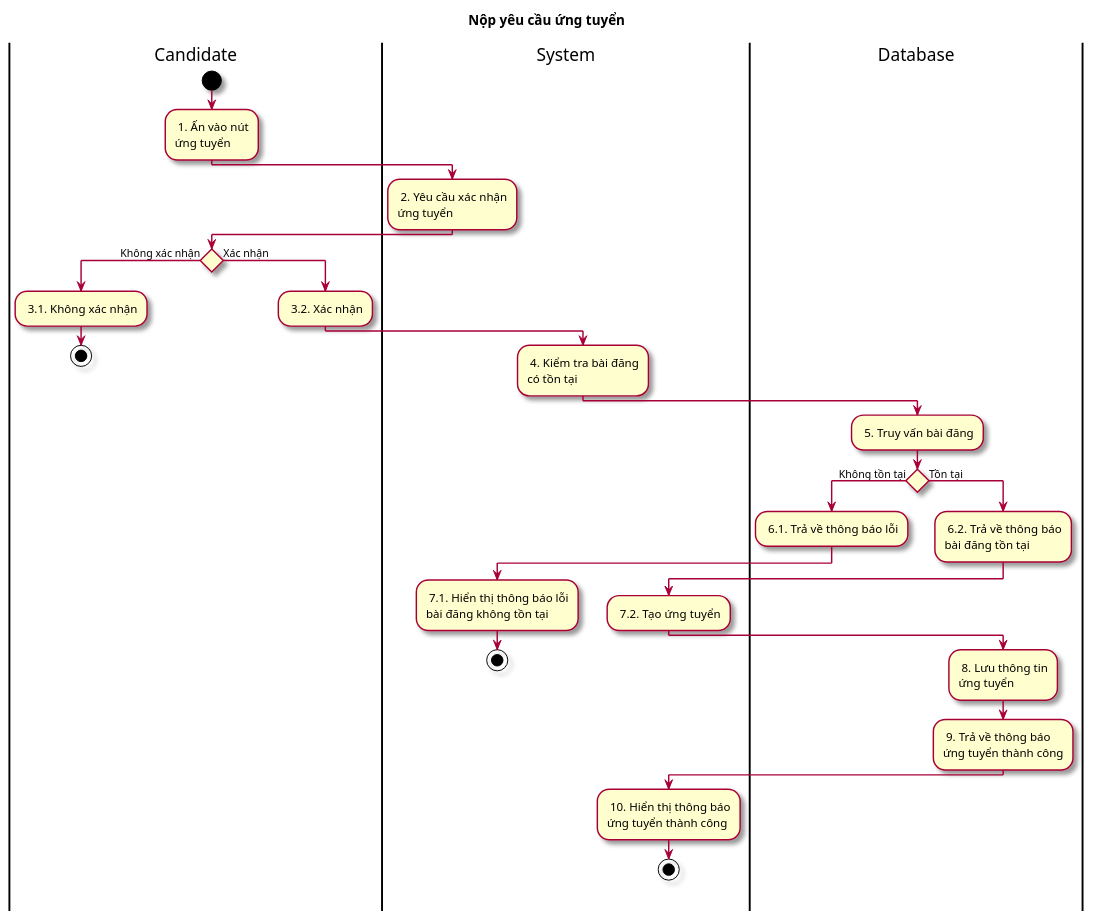
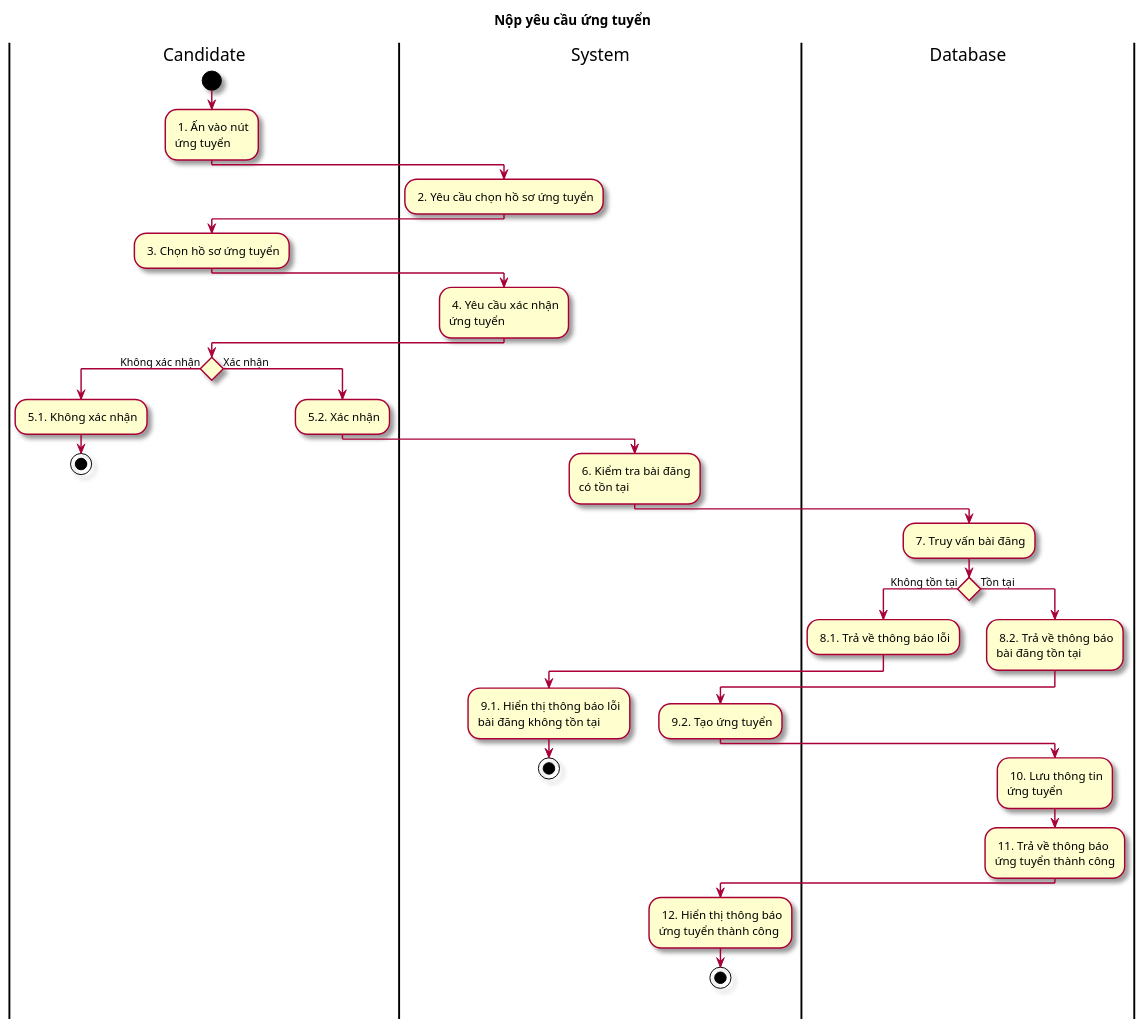
The diagram in Lab1/Lab 1.2 Diagram/Activity/FileUML/9.1. ActNopYeuCauUngTuyen.puml (Griselda4774/EAS-EmploymentAssistanceSystem), drawn with PlantUML before and after one commit. The commit also changed 2 other files, not shown here.

```diff
--- a/Lab1/Lab 1.2 Diagram/Activity/FileUML/9.1. ActNopYeuCauUngTuyen.puml
+++ b/Lab1/Lab 1.2 Diagram/Activity/FileUML/9.1. ActNopYeuCauUngTuyen.puml
@@ -1,39 +1,43 @@
 @startuml ActNopYeuCauUngTuyen
 
 skin rose
 title Nộp yêu cầu ứng tuyển
 
 |Candidate|
 start
 : 1. Ấn vào nút\nứng tuyển;
 |System|
-: 2. Yêu cầu xác nhận\nứng tuyển;
+: 2. Yêu cầu chọn hồ sơ ứng tuyển;
+|Candidate|
+: 3. Chọn hồ sơ ứng tuyển;
+|System|
+: 4. Yêu cầu xác nhận\nứng tuyển;
 |Candidate|
 if () then (Không xác nhận)
-: 3.1. Không xác nhận;
+: 5.1. Không xác nhận;
 stop
 else (Xác nhận)
 |Candidate|
-: 3.2. Xác nhận;
+: 5.2. Xác nhận;
 |System|
-: 4. Kiểm tra bài đăng\ncó tồn tại;
+: 6. Kiểm tra bài đăng\ncó tồn tại;
 |Database|
-: 5. Truy vấn bài đăng;
+: 7. Truy vấn bài đăng;
 if () then (Không tồn tại)
-: 6.1. Trả về thông báo lỗi;
+: 8.1. Trả về thông báo lỗi;
 |System|
-: 7.1. Hiển thị thông báo lỗi\nbài đăng không tồn tại;
+: 9.1. Hiển thị thông báo lỗi\nbài đăng không tồn tại;
 stop
 else (Tồn tại)
 |Database|
-: 6.2. Trả về thông báo\nbài đăng tồn tại;
+: 8.2. Trả về thông báo\nbài đăng tồn tại;
 |System|
-: 7.2. Tạo ứng tuyển;
+: 9.2. Tạo ứng tuyển;
 |Database|
-: 8. Lưu thông tin\nứng tuyển;
-: 9. Trả về thông báo\nứng tuyển thành công;
+: 10. Lưu thông tin\nứng tuyển;
+: 11. Trả về thông báo\nứng tuyển thành công;
 |System|
-: 10. Hiển thị thông báo\nứng tuyển thành công;
+: 12. Hiển thị thông báo\nứng tuyển thành công;
 stop
 
 @enduml
```
